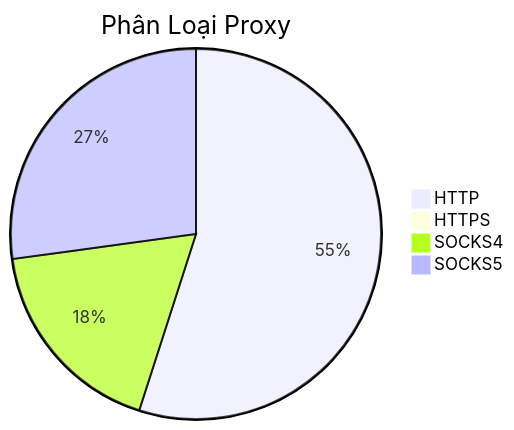
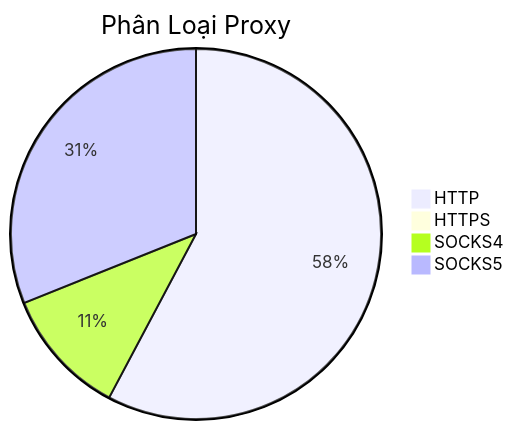
Before and after one commit to Ciara-Aa/PROXY-free: the diagram in README.md, drawn with Mermaid. The commit also changed other lines of this file and 4 other files, not shown here.

````diff
--- a/README.md
+++ b/README.md
@@ -26,7 +26,7 @@
 ```mermaid
 pie title Phân Loại Proxy
-    "HTTP" : 427
-    "HTTPS" : 4
-    "SOCKS4" : 139
-    "SOCKS5" : 211
+    "HTTP" : 383
+    "HTTPS" : 2
+    "SOCKS4" : 74
+    "SOCKS5" : 206
 ```
````
